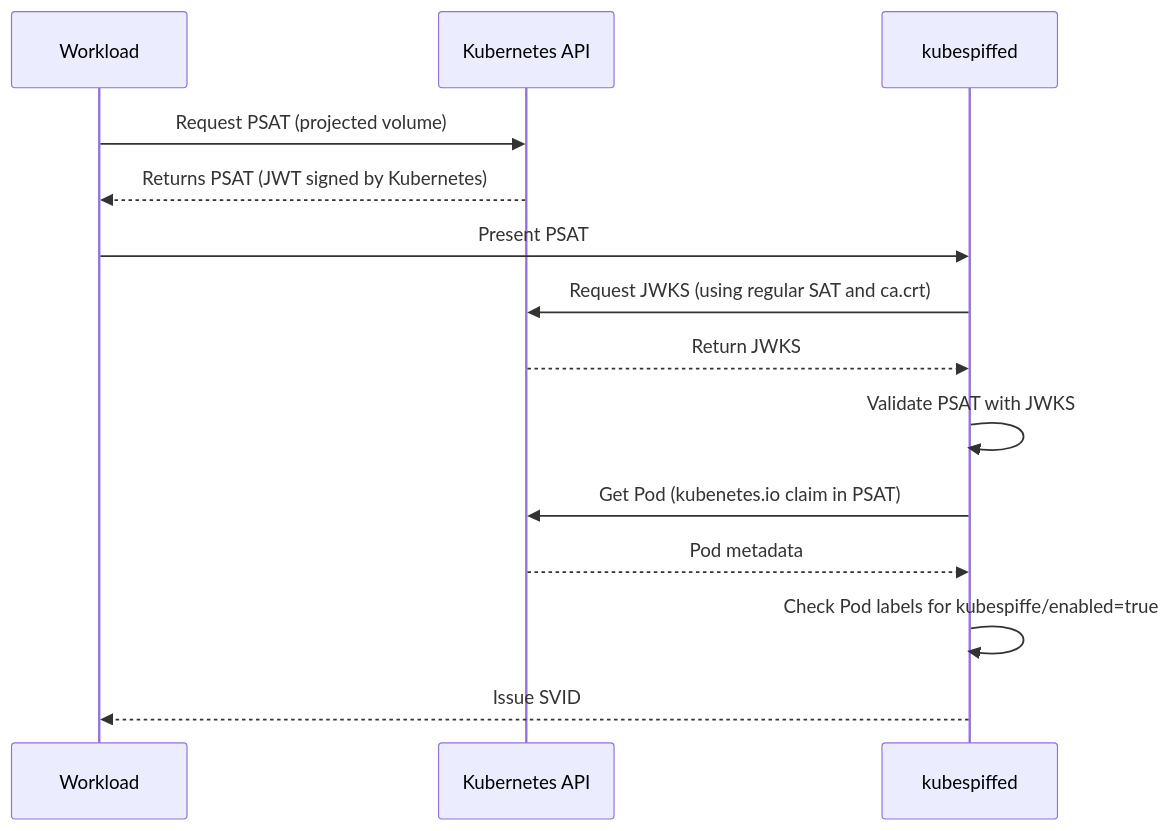
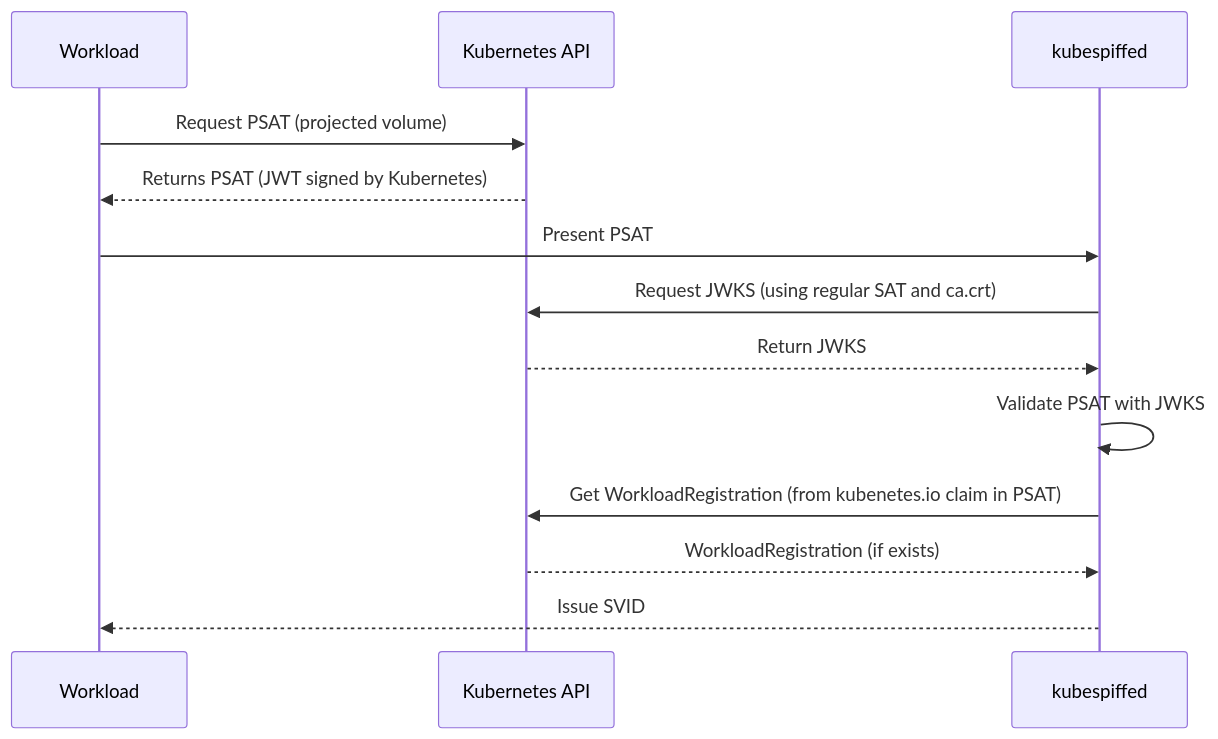
One commit to jsnctl/kubespiffe changed the diagram in README.md. Above: the diagram before and after it, drawn with Mermaid.

Commit message:
Updates mermaid diagram to add WR check (#8)

````diff
--- a/README.md
+++ b/README.md
@@ -20,20 +20,19 @@
 ```mermaid
 sequenceDiagram
     participant W as Workload
     participant K8S as Kubernetes API
     participant KS as kubespiffed
 
     W->>K8S: Request PSAT (projected volume)
     K8S-->>W: Returns PSAT (JWT signed by Kubernetes)
     
     W->>KS: Present PSAT
     KS->>K8S: Request JWKS (using regular SAT and ca.crt)
     K8S-->>KS: Return JWKS
     KS->>KS: Validate PSAT with JWKS
 
-    KS->>K8S: Get Pod (kubenetes.io claim in PSAT)
-    K8S-->>KS: Pod metadata
-    KS->>KS: Check Pod labels for kubespiffe/enabled=true
+    KS->>K8S: Get WorkloadRegistration (from kubenetes.io claim in PSAT)
+    K8S-->>KS: WorkloadRegistration (if exists)
 
     KS-->>W: Issue SVID
 ```
````
